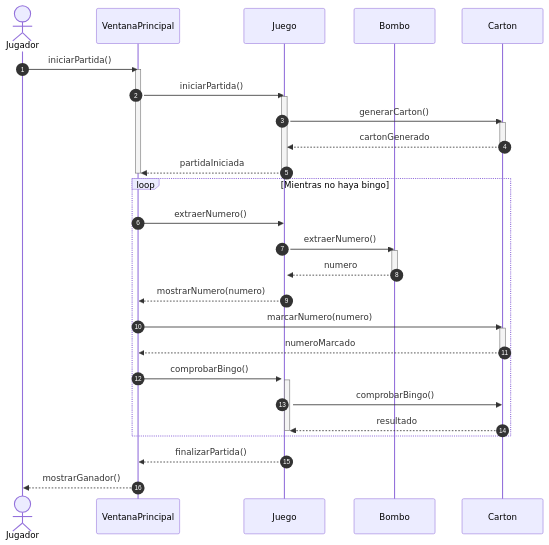
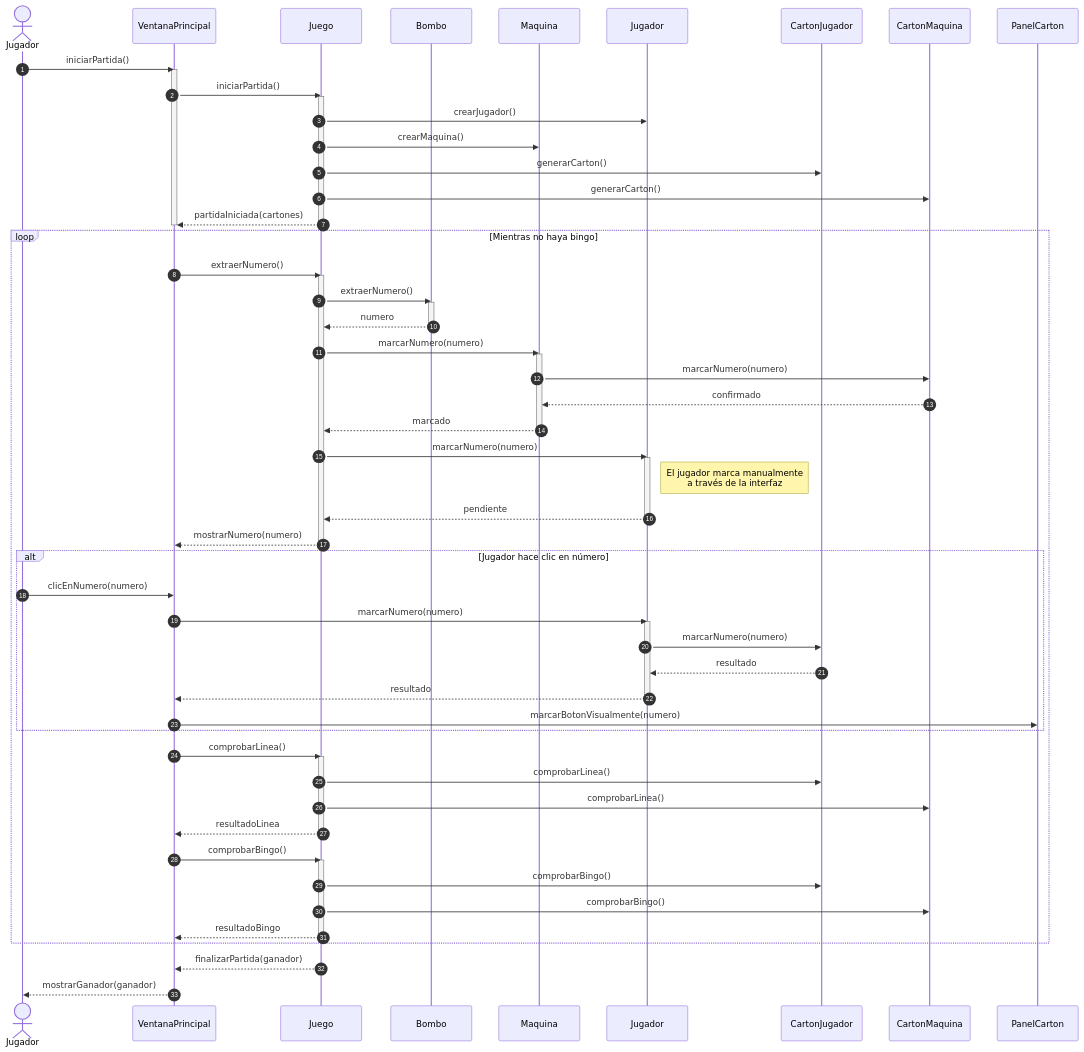
The diagram in SequenceDiagram.md (rubenco615-wq/Bingo), drawn with Mermaid before and after one commit. The commit also changed other lines of this file, not shown here.

First line of the commit message:
Update SequenceDiagram.md

````diff
--- a/SequenceDiagram.md
+++ b/SequenceDiagram.md
@@ -6,7 +6,10 @@
 participant VentanaPrincipal
 participant Juego
 participant Bombo
-participant Carton
+participant Maquina
+participant JugadorClass as Jugador
+participant CartonJugador
+participant CartonMaquina
 
 Jugador->>VentanaPrincipal: iniciarPartida()
 activate VentanaPrincipal
@@ -14,37 +17,67 @@
 VentanaPrincipal->>Juego: iniciarPartida()
 activate Juego
 
-Juego->>Carton: generarCarton()
-activate Carton
-Carton-->>Juego: cartonGenerado
-deactivate Carton
+Juego->>JugadorClass: crearJugador()
+Juego->>Maquina: crearMaquina()
+Juego->>CartonJugador: generarCarton()
+Juego->>CartonMaquina: generarCarton()
 
-Juego-->>VentanaPrincipal: partidaIniciada
+Juego-->>VentanaPrincipal: partidaIniciada(cartones)
 deactivate Juego
 deactivate VentanaPrincipal
 
 loop Mientras no haya bingo
-VentanaPrincipal->>Juego: extraerNumero()
-activate Juego
-Juego->>Bombo: extraerNumero()
-activate Bombo
-Bombo-->>Juego: numero
-deactivate Bombo
-
-Juego-->>VentanaPrincipal: mostrarNumero(numero)
-
-VentanaPrincipal->>Carton: marcarNumero(numero)
-activate Carton
-Carton-->>VentanaPrincipal: numeroMarcado
-deactivate Carton
-
-VentanaPrincipal->>Juego: comprobarBingo()
-activate Juego
-Juego->>Carton: comprobarBingo()
-Carton-->>Juego: resultado
-deactivate Juego
+    VentanaPrincipal->>Juego: extraerNumero()
+    activate Juego
+    
+    Juego->>Bombo: extraerNumero()
+    activate Bombo
+    Bombo-->>Juego: numero
+    deactivate Bombo
+    
+    Juego->>Maquina: marcarNumero(numero)
+    activate Maquina
+    Maquina->>CartonMaquina: marcarNumero(numero)
+    CartonMaquina-->>Maquina: confirmado
+    Maquina-->>Juego: marcado
+    deactivate Maquina
+    
+    Juego->>JugadorClass: marcarNumero(numero)
+    activate JugadorClass
+    Note right of JugadorClass: El jugador marca manualmente<br/>a través de la interfaz
+    JugadorClass-->>Juego: pendiente
+    deactivate JugadorClass
+    
+    Juego-->>VentanaPrincipal: mostrarNumero(numero)
+    deactivate Juego
+    
+    alt Jugador hace clic en número
+        Jugador->>VentanaPrincipal: clicEnNumero(numero)
+        VentanaPrincipal->>JugadorClass: marcarNumero(numero)
+        activate JugadorClass
+        JugadorClass->>CartonJugador: marcarNumero(numero)
+        CartonJugador-->>JugadorClass: resultado
+        JugadorClass-->>VentanaPrincipal: resultado
+        deactivate JugadorClass
+        
+        VentanaPrincipal->>PanelCarton: marcarBotonVisualmente(numero)
+    end
+    
+    VentanaPrincipal->>Juego: comprobarLinea()
+    activate Juego
+    Juego->>CartonJugador: comprobarLinea()
+    Juego->>CartonMaquina: comprobarLinea()
+    Juego-->>VentanaPrincipal: resultadoLinea
+    deactivate Juego
+    
+    VentanaPrincipal->>Juego: comprobarBingo()
+    activate Juego
+    Juego->>CartonJugador: comprobarBingo()
+    Juego->>CartonMaquina: comprobarBingo()
+    Juego-->>VentanaPrincipal: resultadoBingo
+    deactivate Juego
 end
 
-Juego-->>VentanaPrincipal: finalizarPartida()
-VentanaPrincipal-->>Jugador: mostrarGanador()
+Juego-->>VentanaPrincipal: finalizarPartida(ganador)
+VentanaPrincipal-->>Jugador: mostrarGanador(ganador)
 ```
````
